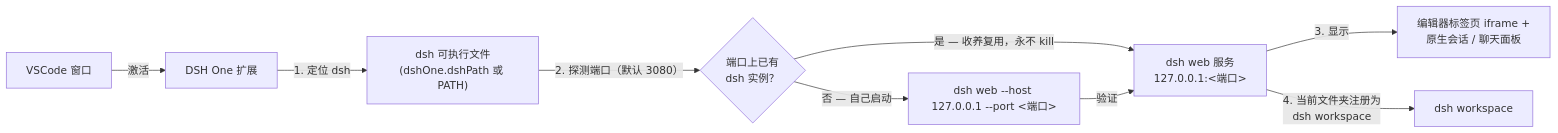
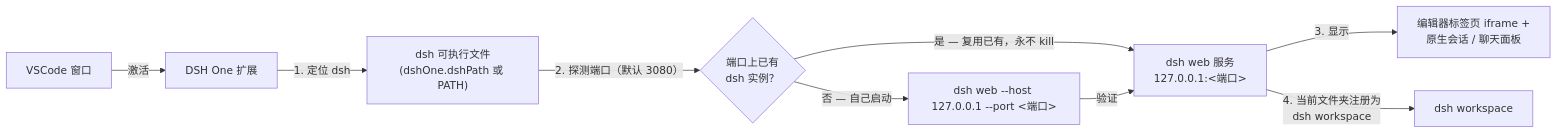
Before and after one commit to imchangchang/dsh-one: the diagram in README.zh-CN.md, drawn with Mermaid. The commit also changed other lines of this file and 6 other files, not shown here.

````diff
--- a/README.zh-CN.md
+++ b/README.zh-CN.md
@@ -48,11 +48,11 @@
 ```mermaid
 flowchart LR
   VS["VSCode 窗口"] -->|"激活"| EXT["DSH One 扩展"]
   EXT -->|"1. 定位 dsh"| DSH["dsh 可执行文件<br/>(dshOne.dshPath 或 PATH)"]
   DSH -->|"2. 探测端口（默认 3080）"| PROBE{"端口上已有<br/>dsh 实例？"}
-  PROBE -->|"是 — 收养复用，永不 kill"| SRV["dsh web 服务<br/>127.0.0.1:&lt;端口&gt;"]
+  PROBE -->|"是 — 复用已有，永不 kill"| SRV["dsh web 服务<br/>127.0.0.1:&lt;端口&gt;"]
   PROBE -->|"否 — 自己启动"| SPAWN["dsh web --host 127.0.0.1 --port &lt;端口&gt;"]
   SPAWN -->|"验证"| SRV
   SRV -->|"3. 显示"| UI["编辑器标签页 iframe +<br/>原生会话 / 聊天面板"]
   SRV -->|"4. 当前文件夹注册为<br/>dsh workspace"| WS["dsh workspace"]
 ```
````
